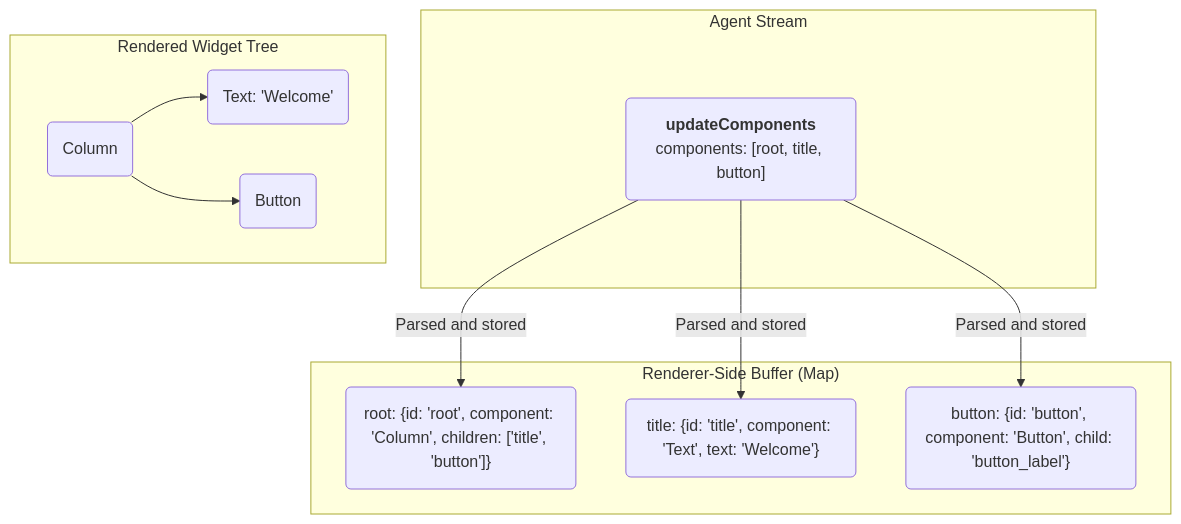
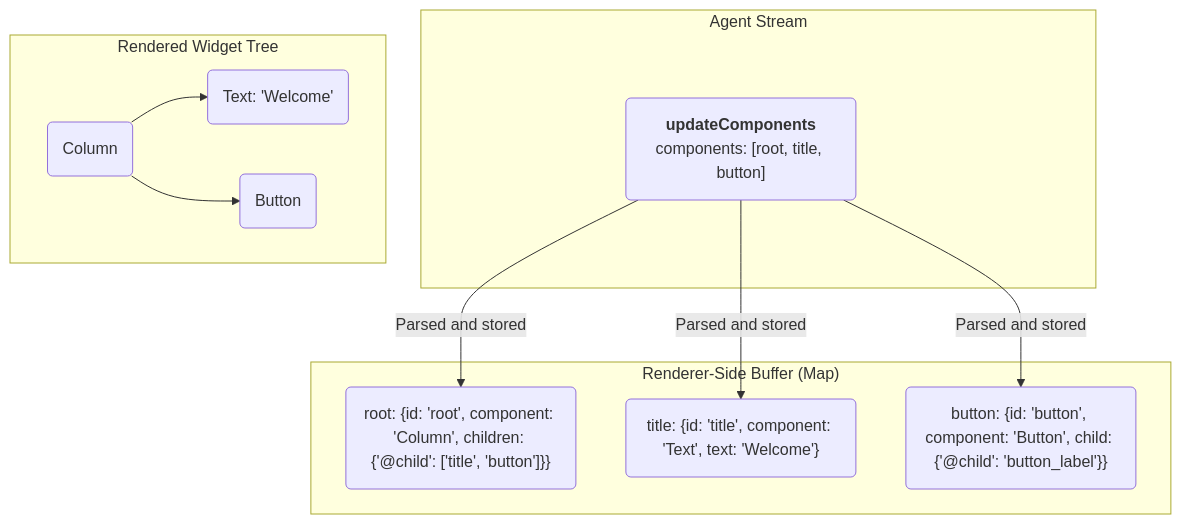
One commit to a2ui-project/a2ui changed the fifth of 5 diagrams in specification/v1_0/docs/a2ui_protocol.md. Above: the diagram before and after it, drawn with Mermaid. The commit also changed other lines of this file and 313 other files, not shown here.

````diff
--- a/specification/v1_0/docs/a2ui_protocol.md
+++ b/specification/v1_0/docs/a2ui_protocol.md
@@ -789,22 +793,22 @@
 ```mermaid
 flowchart TD
     subgraph "Agent Stream"
         A("<b>updateComponents</b><br>components: [root, title, button]")
     end
 
     subgraph "Renderer-Side Buffer (Map)"
-        C("root: {id: 'root', component: 'Column', children: ['title', 'button']}")
+        C("root: {id: 'root', component: 'Column', children: {'@child': ['title', 'button']}}")
         D("title: {id: 'title', component: 'Text', text: 'Welcome'}")
-        E("button: {id: 'button', component: 'Button', child: 'button_label'}")
+        E("button: {id: 'button', component: 'Button', child: {'@child': 'button_label'}}")
     end
 
     subgraph "Rendered Widget Tree"
         F(Column) --> G(Text: 'Welcome')
         F --> H(Button)
     end
 
     A -- "Parsed and stored" --> C
     A -- "Parsed and stored" --> D
     A -- "Parsed and stored" --> E
 
 ```
````
